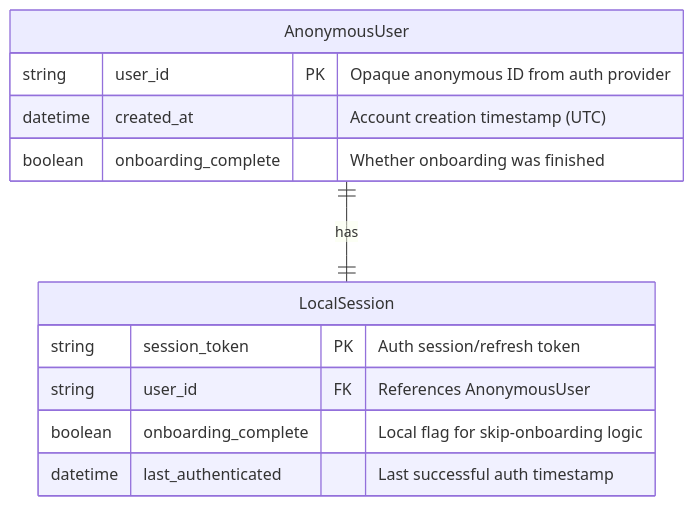
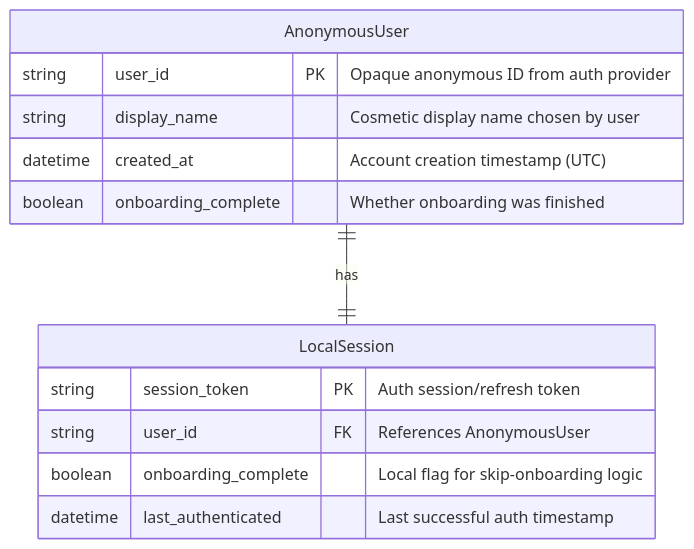
The first of 3 diagrams in docs/fsd/onboarding/anonymous_onboarding/spec.md (s0en/OKLah), drawn with Mermaid before and after one commit. The commit also changed other lines of this file and 6 other files, not shown here.

````diff
--- a/docs/fsd/onboarding/anonymous_onboarding/spec.md
+++ b/docs/fsd/onboarding/anonymous_onboarding/spec.md
@@ -161,15 +170,16 @@
 ```mermaid
 erDiagram
     AnonymousUser {
         string user_id PK "Opaque anonymous ID from auth provider"
+        string display_name "Cosmetic display name chosen by user"
         datetime created_at "Account creation timestamp (UTC)"
         boolean onboarding_complete "Whether onboarding was finished"
     }
     LocalSession {
         string session_token PK "Auth session/refresh token"
         string user_id FK "References AnonymousUser"
         boolean onboarding_complete "Local flag for skip-onboarding logic"
         datetime last_authenticated "Last successful auth timestamp"
     }
     AnonymousUser ||--|| LocalSession : "has"
 ```
````
